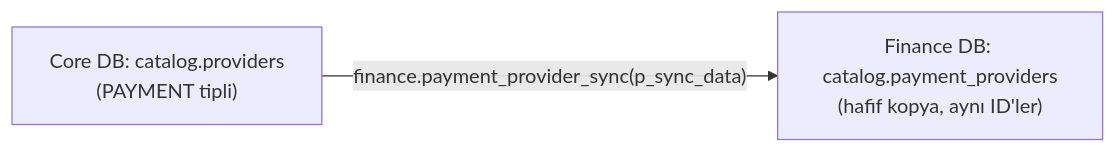
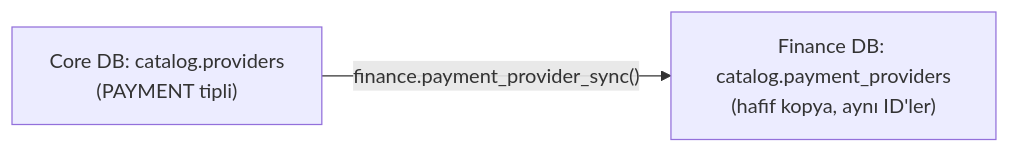
The second of 2 diagrams in .docs/guides/FINANCE_GATEWAY_GUIDE.md (frhtshn/One.DB), drawn with Mermaid before and after one commit. The commit also changed other lines of this file and 6 other files, not shown here.

Commit message:
docs: Update flowchart formatting for improved readability in multiple guides

````diff
--- a/.docs/guides/FINANCE_GATEWAY_GUIDE.md
+++ b/.docs/guides/FINANCE_GATEWAY_GUIDE.md
@@ -40,4 +40,4 @@
 ```mermaid
 flowchart LR
-    A["Core DB: catalog.providers\n(PAYMENT tipli)"] -- "finance.payment_provider_sync(p_sync_data)" --> B["Finance DB: catalog.payment_providers\n(hafif kopya, aynı ID'ler)"]
+    A["Core DB: catalog.providers<br/>(PAYMENT tipli)"] -- "finance.payment_provider_sync()" --> B["Finance DB: catalog.payment_providers<br/>(hafif kopya, aynı ID'ler)"]
 ```
````
